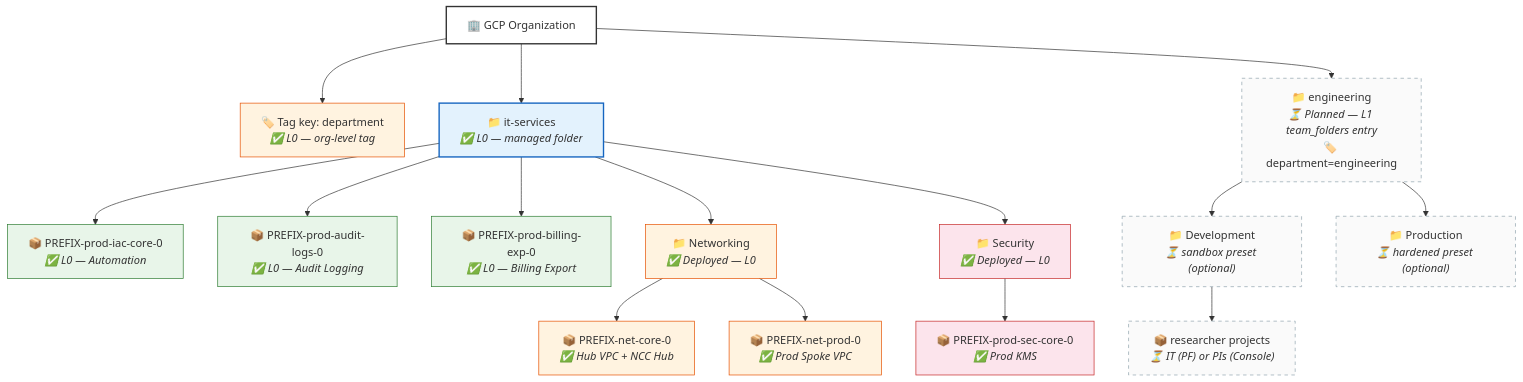
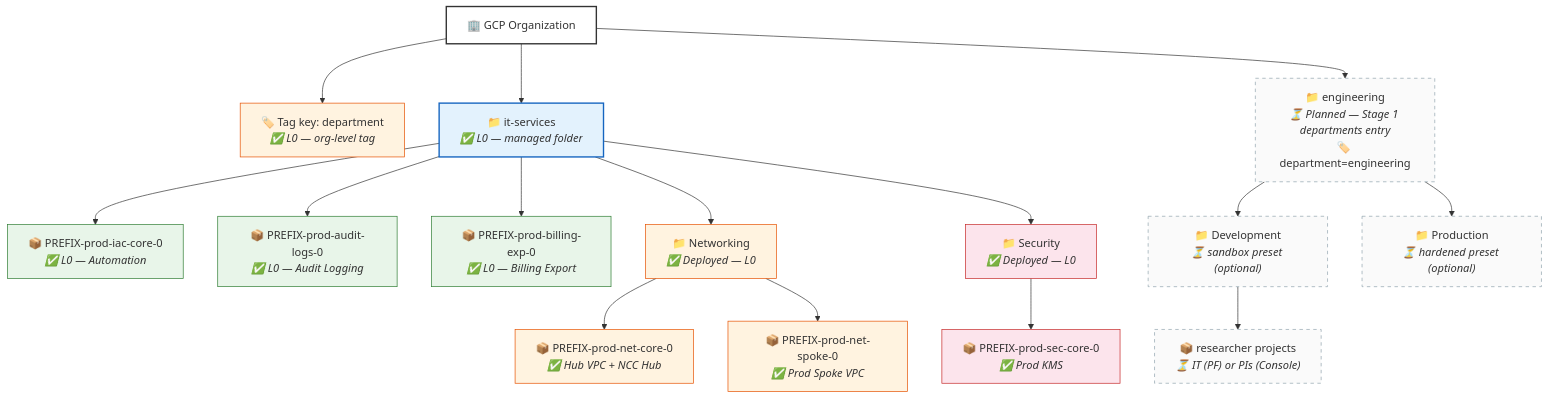
One commit to WandLZhang/fast-science-1-researcher-lab changed the second of 2 diagrams in README.md. Above: the diagram before and after it, drawn with Mermaid. The commit also changed other lines of this file, not shown here.

First line of the commit message:
docs(readme): rename team folders to departments and fix names

````diff
--- a/README.md
+++ b/README.md
@@ -62,40 +62,40 @@
 ```mermaid
 graph TB
     ORG["🏢 GCP Organization"]
     TAG["🏷️ Tag key: department<br/><i>✅ L0 — org-level tag</i>"]
 
     ORG --> TAG
     ORG --> IT["📁 it-services<br/><i>✅ L0 — managed folder</i>"]
 
     IT --> P1["📦 PREFIX-prod-iac-core-0<br/><i>✅ L0 — Automation</i>"]
     IT --> P2["📦 PREFIX-prod-audit-logs-0<br/><i>✅ L0 — Audit Logging</i>"]
     IT --> P3["📦 PREFIX-prod-billing-exp-0<br/><i>✅ L0 — Billing Export</i>"]
 
     IT --> NET["📁 Networking<br/><i>✅ Deployed — L0</i>"]
-    NET --> P4["📦 PREFIX-net-core-0<br/><i>✅ Hub VPC + NCC Hub</i>"]
-    NET --> P5["📦 PREFIX-net-prod-0<br/><i>✅ Prod Spoke VPC</i>"]
+    NET --> P4["📦 PREFIX-prod-net-core-0<br/><i>✅ Hub VPC + NCC Hub</i>"]
+    NET --> P5["📦 PREFIX-prod-net-spoke-0<br/><i>✅ Prod Spoke VPC</i>"]
 
     IT --> SEC["📁 Security<br/><i>✅ Deployed — L0</i>"]
     SEC --> P9["📦 PREFIX-prod-sec-core-0<br/><i>✅ Prod KMS</i>"]
 
-    ORG --> ENG["📁 engineering<br/><i>⏳ Planned — L1 team_folders entry</i><br/>🏷️ department=engineering"]
+    ORG --> ENG["📁 engineering<br/><i>⏳ Planned — Stage 1 departments entry</i><br/>🏷️ department=engineering"]
     ENG --> ENGD["📁 Development<br/><i>⏳ sandbox preset (optional)</i>"]
     ENG --> ENGP["📁 Production<br/><i>⏳ hardened preset (optional)</i>"]
     ENGD --> RP1["📦 researcher projects<br/><i>⏳ IT (PF) or PIs (Console)</i>"]
 
     style ORG fill:#fff,stroke:#333,stroke-width:2px
     style TAG fill:#fff3e0,stroke:#e65100
     style IT fill:#e3f2fd,stroke:#1565c0,stroke-width:2px
     style NET fill:#fff3e0,stroke:#e65100
     style SEC fill:#fce4ec,stroke:#c62828
     style P1 fill:#e8f5e9,stroke:#2e7d32
     style P2 fill:#e8f5e9,stroke:#2e7d32
     style P3 fill:#e8f5e9,stroke:#2e7d32
     style P4 fill:#fff3e0,stroke:#e65100
     style P5 fill:#fff3e0,stroke:#e65100
     style P9 fill:#fce4ec,stroke:#c62828
     style ENG stroke-dasharray: 5 5,stroke:#90a4ae,fill:#fafafa
     style ENGD stroke-dasharray: 5 5,stroke:#90a4ae,fill:#fafafa
     style ENGP stroke-dasharray: 5 5,stroke:#90a4ae,fill:#fafafa
     style RP1 stroke-dasharray: 5 5,stroke:#90a4ae,fill:#fafafa
 ```
````
